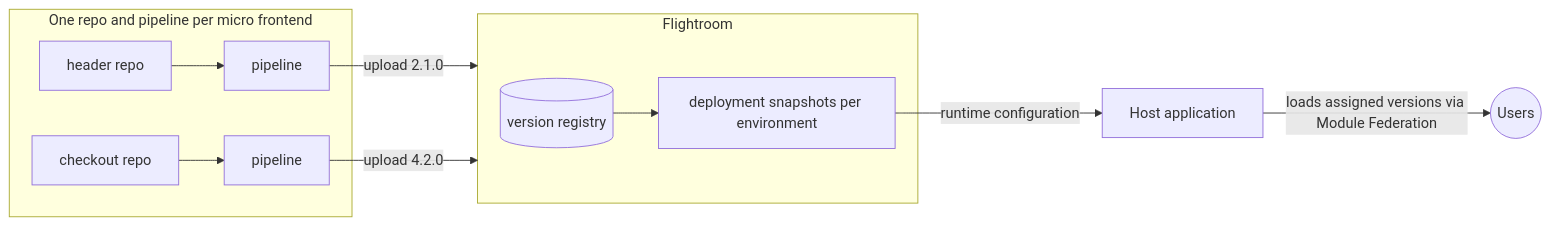
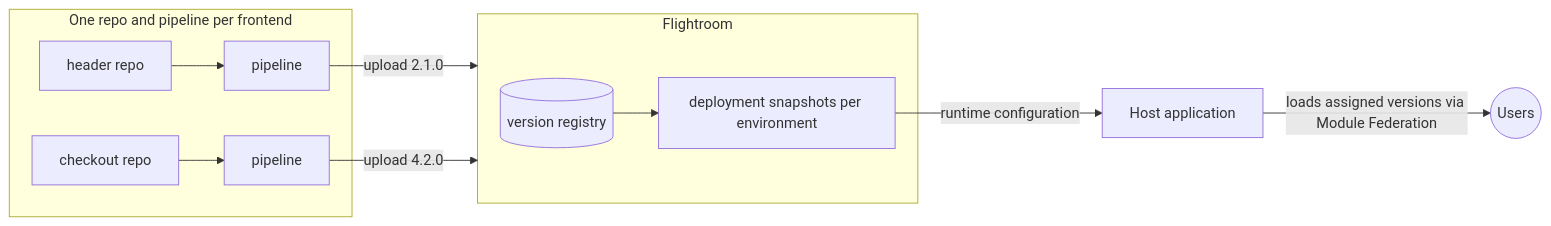
The diagram in README.md (flightroom/flightroom), drawn with Mermaid before and after one commit. The commit also changed other lines of this file and 328 other files, not shown here.

````diff
--- a/README.md
+++ b/README.md
@@ -131,14 +131,14 @@
 ```mermaid
 flowchart LR
-    subgraph teams [One repo and pipeline per micro frontend]
+    subgraph teams [One repo and pipeline per frontend]
         MFE1[header repo] --> CI1[pipeline]
         MFE2[checkout repo] --> CI2[pipeline]
     end
     CI1 -- "upload 2.1.0" --> ORCH
     CI2 -- "upload 4.2.0" --> ORCH
     subgraph ORCH [Flightroom]
         REG[(version registry)] --> DEP[deployment snapshots per environment]
     end
     DEP -- "runtime configuration" --> HOST[Host application]
     HOST -- "loads assigned versions via Module Federation" --> USERS((Users))
 ```
````
